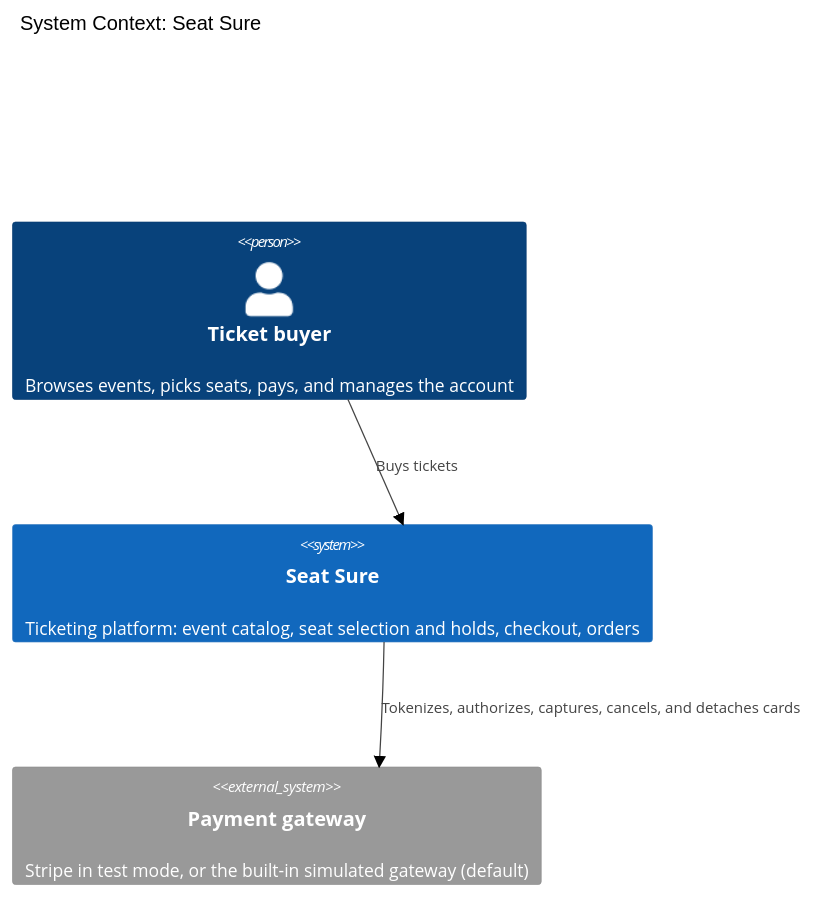
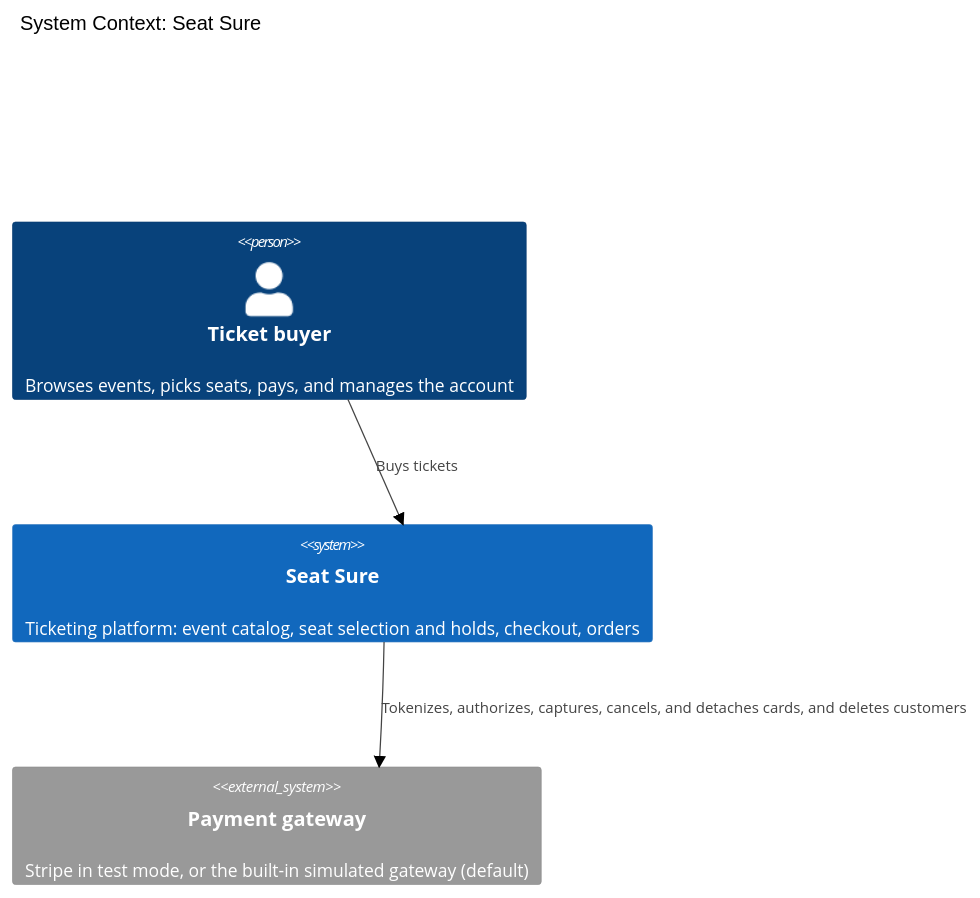
One commit to emanoelvso/seat-sure changed the diagram in docs/architecture/c4/context.md. Above: the diagram before and after it, drawn with Mermaid (forest theme). The commit also changed other lines of this file and 2 other files, not shown here.

Commit message:
docs: record account deletion and gateway token reconciliation

````diff
--- a/docs/architecture/c4/context.md
+++ b/docs/architecture/c4/context.md
@@ -5,12 +5,12 @@
 ```mermaid
 C4Context
   title System Context: Seat Sure
 
   Person(buyer, "Ticket buyer", "Browses events, picks seats, pays, and manages the account")
   System(seatSure, "Seat Sure", "Ticketing platform: event catalog, seat selection and holds, checkout, orders")
   System_Ext(gateway, "Payment gateway", "Stripe in test mode, or the built-in simulated gateway (default)")
 
   Rel(buyer, seatSure, "Buys tickets")
-  Rel(seatSure, gateway, "Tokenizes, authorizes, captures, cancels, and detaches cards")
+  Rel(seatSure, gateway, "Tokenizes, authorizes, captures, cancels, and detaches cards, and deletes customers")
 
 ```
````
